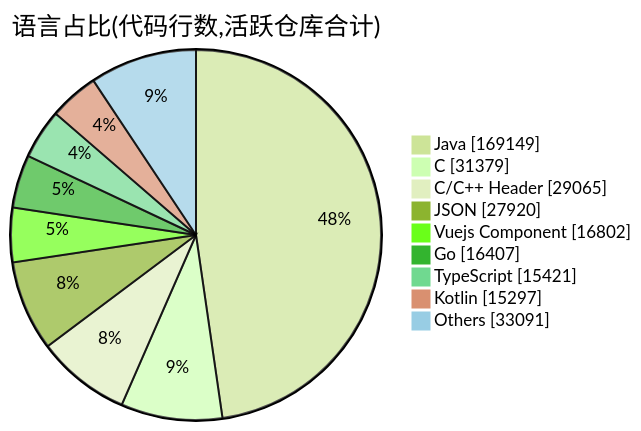
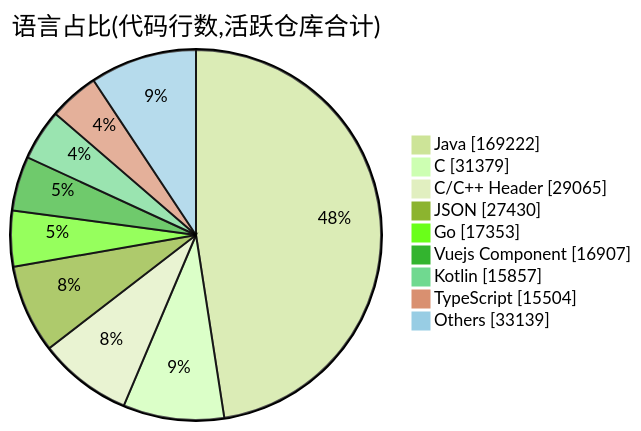
Before and after one commit to Conflux-Union/.github: the second of 2 diagrams in profile/README.md, drawn with Mermaid (forest theme). The commit also changed other lines of this file and 1 other file, not shown here.

````diff
--- a/profile/README.md
+++ b/profile/README.md
@@ -78,13 +78,13 @@
 ```mermaid
 pie showData
     title 语言占比(代码行数,活跃仓库合计)
-    "Java" : 169149
+    "Java" : 169222
     "C" : 31379
     "C/C++ Header" : 29065
-    "JSON" : 27920
-    "Vuejs Component" : 16802
-    "Go" : 16407
-    "TypeScript" : 15421
-    "Kotlin" : 15297
-    "Others" : 33091
+    "JSON" : 27430
+    "Go" : 17353
+    "Vuejs Component" : 16907
+    "Kotlin" : 15857
+    "TypeScript" : 15504
+    "Others" : 33139
 ```
````
